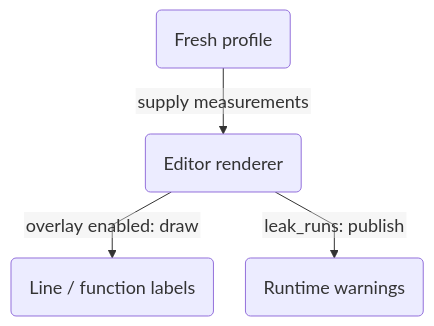
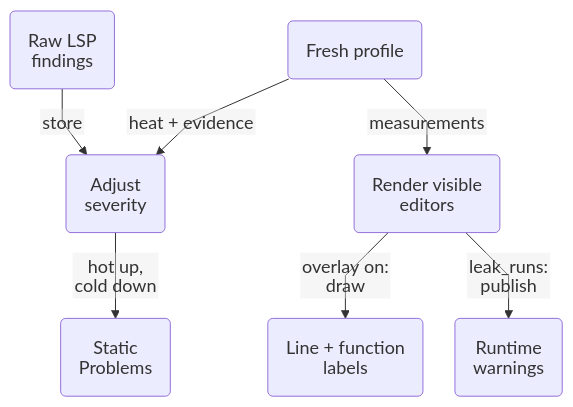
Before and after one commit to AashishTangnami/python-memory-guardian: the sixth of 16 diagrams in docs/feature-map.md, drawn with Mermaid. The commit also changed other lines of this file and 6 other files, not shown here.

Commit message:
docs: consolidate feature-map diagrams and close source/doc gaps

````diff
--- a/docs/feature-map.md
+++ b/docs/feature-map.md
@@ -274,7 +247,10 @@
 ```mermaid
 %%{init: {"fontFamily":"Arial, sans-serif","themeVariables":{"fontSize":"18px","fontFamily":"Arial, sans-serif"},"flowchart":{"curve":"linear","nodeSpacing":32,"rankSpacing":40,"diagramPadding":8,"padding":18,"subGraphTitleMargin":{"top":10,"bottom":24},"htmlLabels":false},"layout":"dagre","htmlLabels":false,"themeCSS":".node rect, .cluster rect { rx: 10px; ry: 10px; } .label, .nodeLabel, .edgeLabel, .cluster-label { letter-spacing: normal; word-spacing: normal; } .edgeLabel rect { stroke: currentColor !important; stroke-width: 1px !important; stroke-dasharray: none; opacity: 1 !important; fill-opacity: 1; rx: 4px; ry: 4px; }"}}%%
 flowchart TD
-Fresh("Fresh profile") -->|supply measurements| Render("Editor renderer")
-    Render -->|overlay enabled: draw| Labels("Line / function labels")
-    Render -->|leak_runs: publish| Warnings("Runtime warnings")
+    Raw("Raw LSP<br/>findings") -->|store| Adjust("Adjust<br/>severity")
+    Fresh("Fresh profile") -->|heat + evidence| Adjust
+    Fresh -->|measurements| Render("Render visible<br/>editors")
+    Adjust -->|hot up,<br/>cold down| UI("Static<br/>Problems")
+    Render -->|overlay on:<br/>draw| Labels("Line + function<br/>labels")
+    Render -->|leak_runs:<br/>publish| Warnings("Runtime<br/>warnings")
 ```
````
